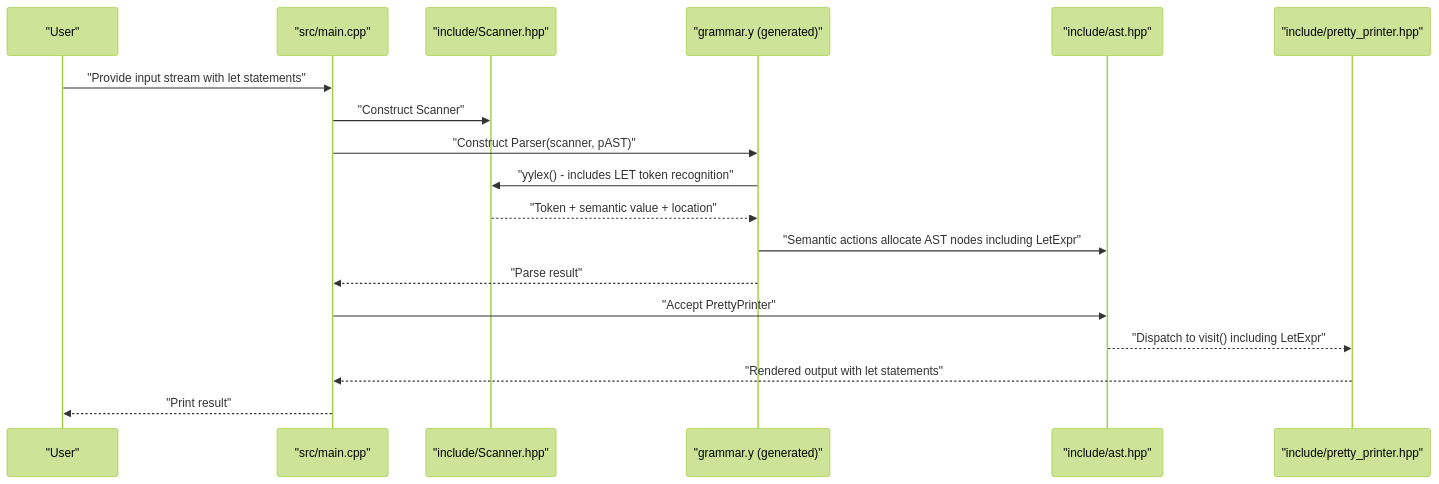
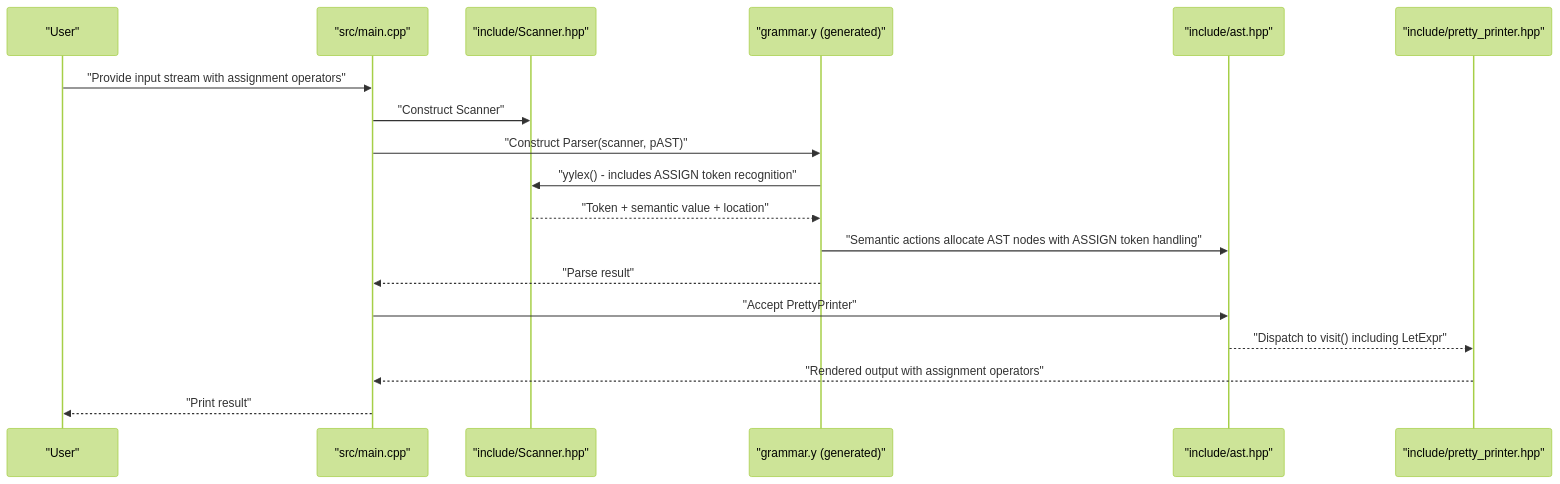
One commit to littlebirds/modern_bision changed the second of 3 diagrams in .qoder/repowiki/en/content/Parser Implementation.md. Above: the diagram before and after it, drawn with Mermaid (forest theme). The commit also changed other lines of this file and 3 other files, not shown here.

````diff
--- a/.qoder/repowiki/en/content/Parser Implementation.md
+++ b/.qoder/repowiki/en/content/Parser Implementation.md
@@ -151,20 +151,20 @@
 ```mermaid
 sequenceDiagram
 participant User as "User"
 participant Main as "src/main.cpp"
 participant Scanner as "include/Scanner.hpp"
 participant Parser as "grammar.y (generated)"
 participant AST as "include/ast.hpp"
 participant Printer as "include/pretty_printer.hpp"
-User->>Main : "Provide input stream with let statements"
+User->>Main : "Provide input stream with assignment operators"
 Main->>Scanner : "Construct Scanner"
 Main->>Parser : "Construct Parser(scanner, pAST)"
-Parser->>Scanner : "yylex() - includes LET token recognition"
+Parser->>Scanner : "yylex() - includes ASSIGN token recognition"
 Scanner-->>Parser : "Token + semantic value + location"
-Parser->>AST : "Semantic actions allocate AST nodes including LetExpr"
+Parser->>AST : "Semantic actions allocate AST nodes with ASSIGN token handling"
 Parser-->>Main : "Parse result"
 Main->>AST : "Accept PrettyPrinter"
 AST-->>Printer : "Dispatch to visit() including LetExpr"
-Printer-->>Main : "Rendered output with let statements"
+Printer-->>Main : "Rendered output with assignment operators"
 Main-->>User : "Print result"
 ```
````
